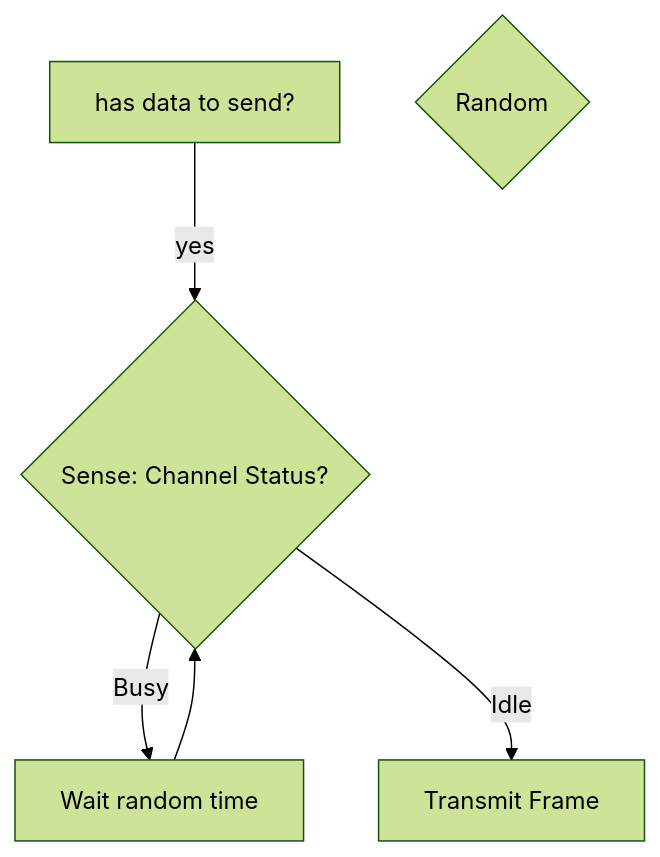
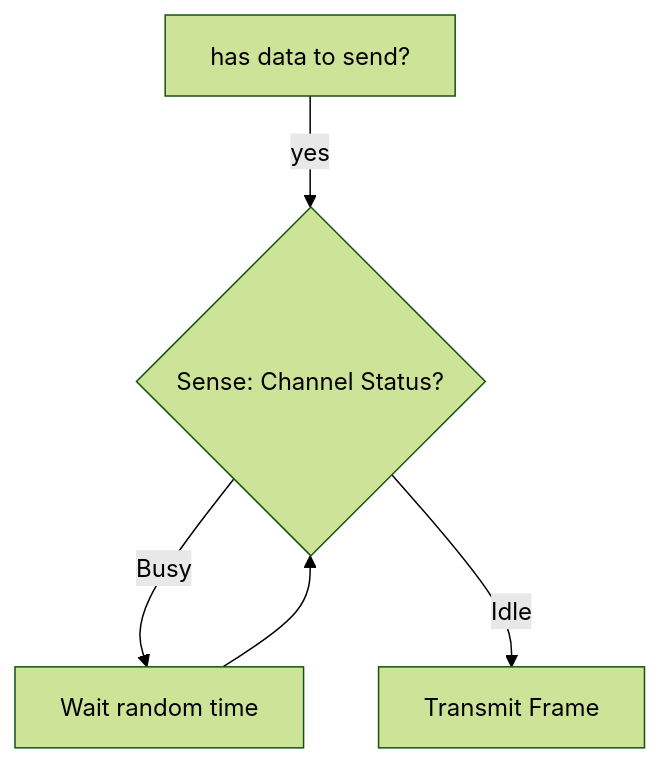
Before and after one commit to adielbm/notes: the third of 3 diagrams in notes/Computer Networks/layer 2.md, drawn with Mermaid (forest theme). The commit also changed other lines of this file and 9 other files, not shown here.

````diff
--- a/notes/Computer Networks/layer 2.md
+++ b/notes/Computer Networks/layer 2.md
@@ -256,11 +256,10 @@
 ```mermaid
 flowchart TD
 	A[has data to send?] -->|yes| C
     C{Sense: Channel Status?}
     
     C -->|Busy| D[Wait random time] --> C
     C -->|Idle| F
     
-    E{Random}
     F[Transmit Frame]    
 ```
````
